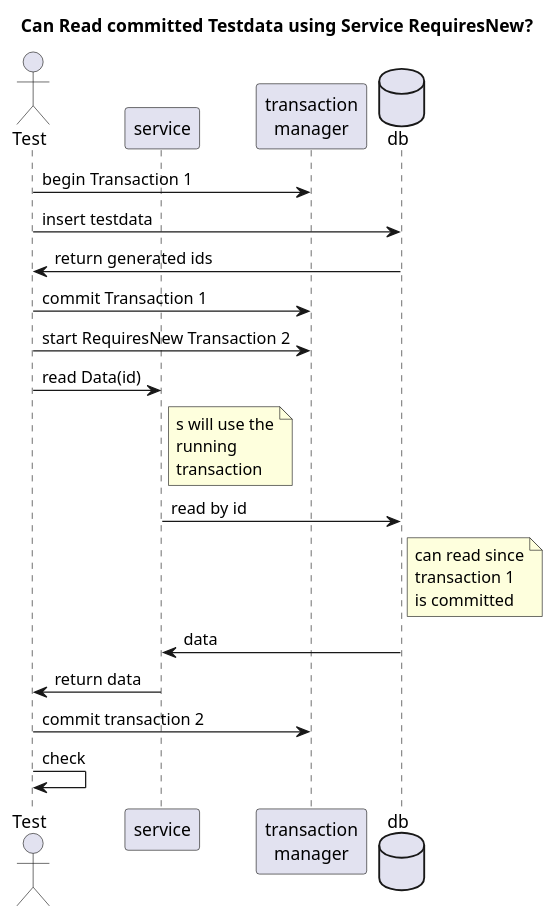
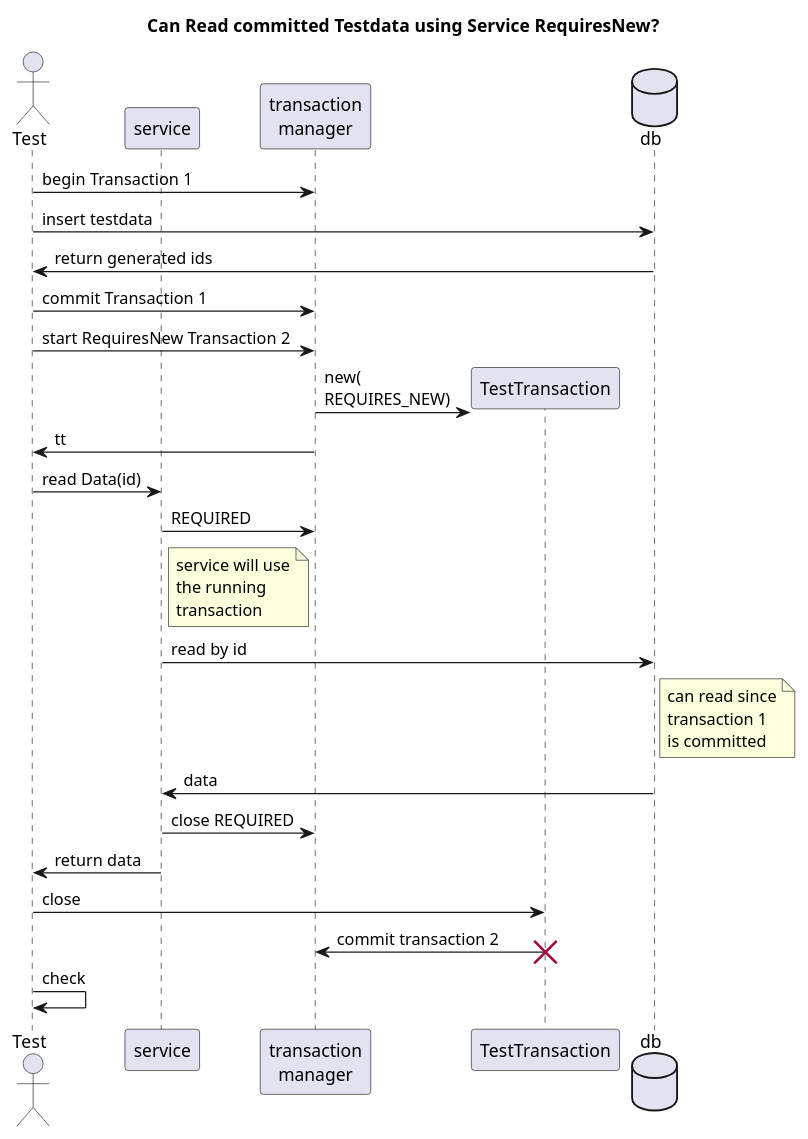
The diagram in ejb-cdi-unit-examples/ex1-1entity/images/CanReadCommittedTestDataUsingServiceInRequiredNew.puml (1and1/ioc-unit), drawn with PlantUML before and after one commit. The commit also changed 2 other files, not shown here.

Commit message:
worked on diagrams

```diff
--- a/ejb-cdi-unit-examples/ex1-1entity/images/CanReadCommittedTestDataUsingServiceInRequiredNew.puml
+++ b/ejb-cdi-unit-examples/ex1-1entity/images/CanReadCommittedTestDataUsingServiceInRequiredNew.puml
@@ -1,20 +1,28 @@
 @startuml
 title: Can Read committed Testdata using Service RequiresNew?
 actor Test as t
 participant service as s
 participant "transaction\nmanager" as tm
+participant TestTransaction as tt
 database db
 t -> tm: begin Transaction 1
 t -> db: insert testdata
 db -> t: return generated ids
 t -> tm: commit Transaction 1
 t -> tm: start RequiresNew Transaction 2
+create tt
+tm -> tt: new(\nREQUIRES_NEW)
+tm -> t: tt
 t -> s: read Data(id)
-note right of s:  s will use the\nrunning\ntransaction
+s -> tm: REQUIRED
+note right of s:  service will use\nthe running\ntransaction
 s -> db: read by id
 note right of db: can read since\ntransaction 1\nis committed
 db -> s: data
+s -> tm: close REQUIRED
 s -> t: return data
-t -> tm: commit transaction 2
+t -> tt: close
+tt -> tm: commit transaction 2
+destroy tt
 t -> t: check
 @enduml
```
